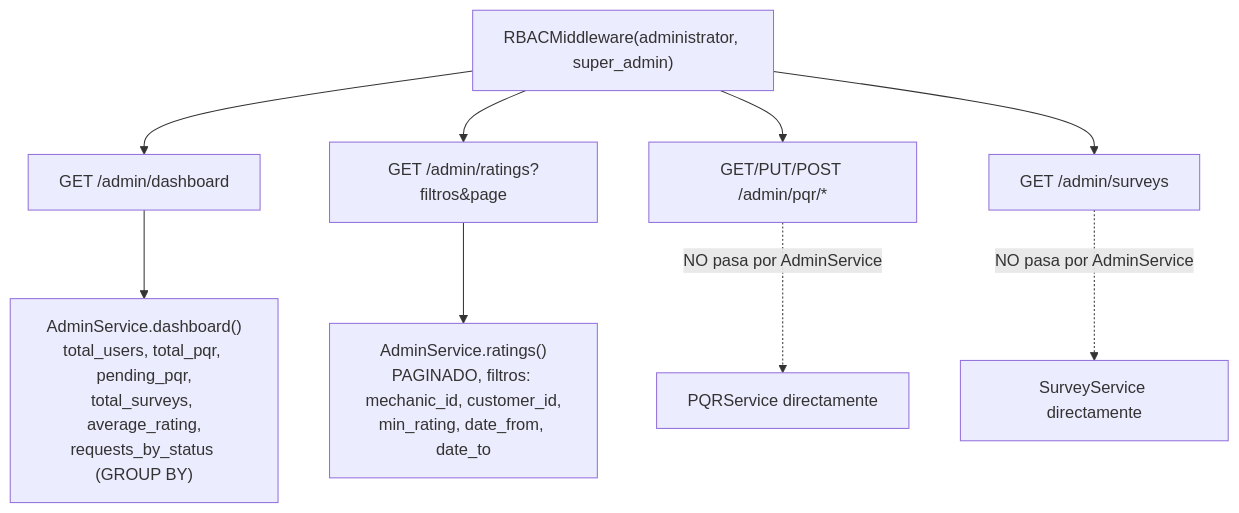
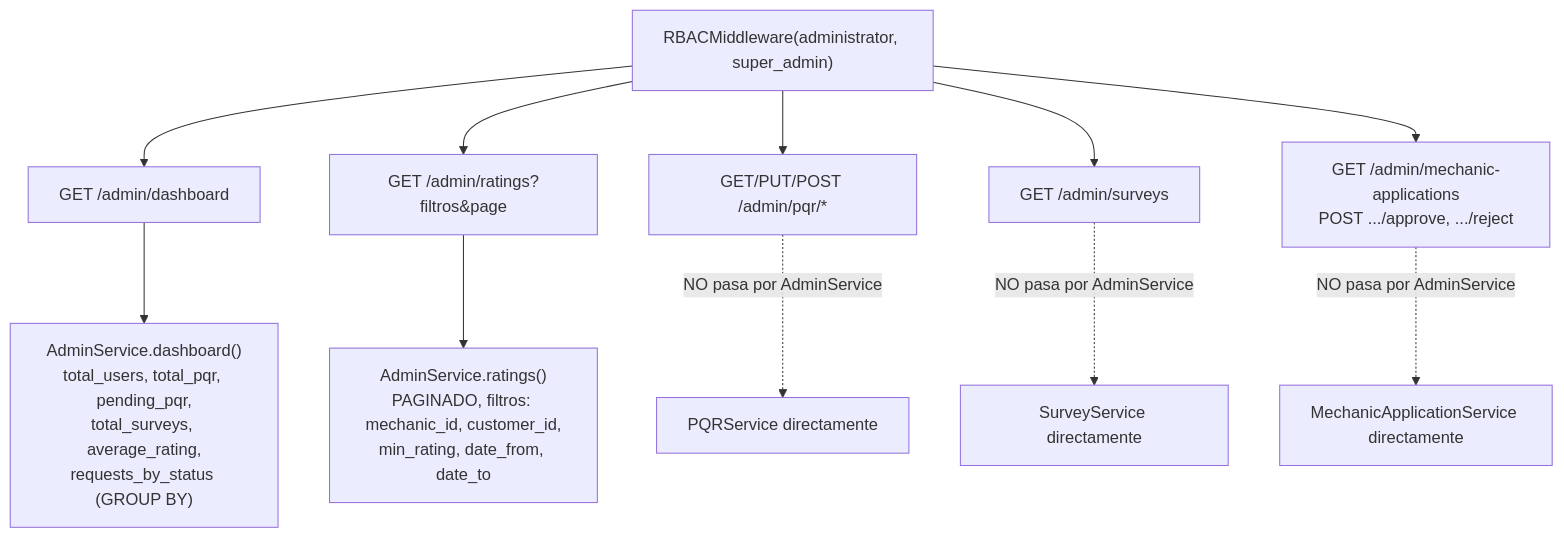
One commit to JuanAndresGonzalezBurbano/PARCE changed the diagram in docs/architecture/uml/09-admin.md. Above: the diagram before and after it, drawn with Mermaid. The commit also changed other lines of this file and 35 other files, not shown here.

Commit message:
feat: add mechanic application workflow

````diff
--- a/docs/architecture/uml/09-admin.md
+++ b/docs/architecture/uml/09-admin.md
@@ -5,11 +5,13 @@
 ```mermaid
 flowchart TD
     D["GET /admin/dashboard"] --> AS1["AdminService.dashboard()\ntotal_users, total_pqr, pending_pqr,\ntotal_surveys, average_rating,\nrequests_by_status (GROUP BY)"]
     R["GET /admin/ratings?filtros&page"] --> AS2["AdminService.ratings()\nPAGINADO, filtros: mechanic_id, customer_id,\nmin_rating, date_from, date_to"]
     PQR_A["GET/PUT/POST /admin/pqr/*"] -.->|"NO pasa por AdminService"| PQRSvc[PQRService directamente]
     SURV_A["GET /admin/surveys"] -.->|"NO pasa por AdminService"| SurvSvc[SurveyService directamente]
+    MECH_A["GET /admin/mechanic-applications\nPOST .../approve, .../reject"] -.->|"NO pasa por AdminService"| MechSvc[MechanicApplicationService directamente]
     RBAC["RBACMiddleware(administrator, super_admin)"] --> D
     RBAC --> R
     RBAC --> PQR_A
     RBAC --> SURV_A
+    RBAC --> MECH_A
 ```
````
